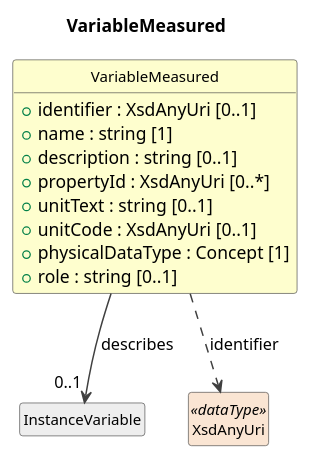
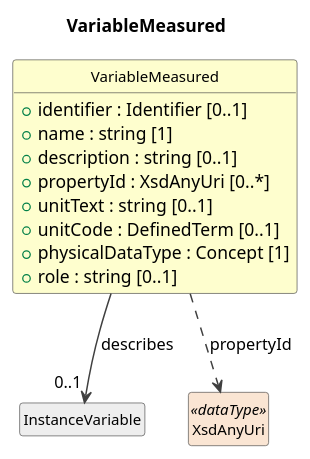
One commit to Cross-Domain-Interoperability-Framework/metadataBuildingBlocks changed the diagram in build/plantuml/cdifDataDescription/Classes/VariableMeasured.pu. Above: the diagram before and after it, drawn with PlantUML. The commit also changed 411 other files, not shown here.

```diff
--- a/build/plantuml/cdifDataDescription/Classes/VariableMeasured.pu
+++ b/build/plantuml/cdifDataDescription/Classes/VariableMeasured.pu
@@ -1,28 +1,28 @@
 @startuml
 title VariableMeasured
 hide circle
 hide empty members
 skinparam shadowing false
 skinparam ArrowThickness 1.2
 skinparam class {
   ArrowColor #404040
   BorderColor #404040
   FontSize 12
 }
 
 class "VariableMeasured" as VariableMeasured #FEFECE {
-  +identifier : XsdAnyUri [0..1]
+  +identifier : Identifier [0..1]
   +name : string [1]
   +description : string [0..1]
   +propertyId : XsdAnyUri [0..*]
   +unitText : string [0..1]
-  +unitCode : XsdAnyUri [0..1]
+  +unitCode : DefinedTerm [0..1]
   +physicalDataType : Concept [1]
   +role : string [0..1]
 }
 class "InstanceVariable" as InstanceVariable #EEEEEE
 VariableMeasured --> "0..1" InstanceVariable : describes
 class "XsdAnyUri" as XsdAnyUri <<dataType>> #FAE5D3
-VariableMeasured ..> XsdAnyUri : identifier
+VariableMeasured ..> XsdAnyUri : propertyId
 
 @enduml
```
